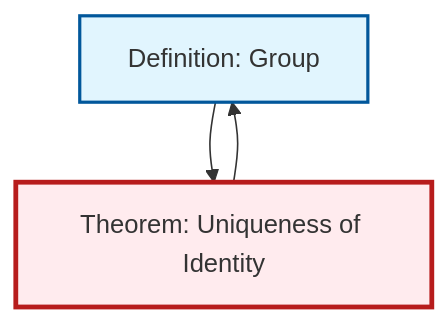
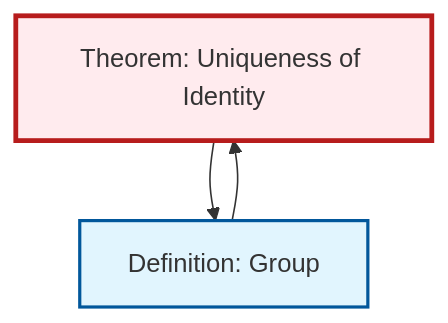
One commit to RK0429/ModernMath changed the diagram in content/en/algebra/thm-unique-identity.qmd. Above: the diagram before and after it, drawn with Mermaid. The commit also changed other lines of this file and 1012 other files, not shown here.

````diff
--- a/content/en/algebra/thm-unique-identity.qmd
+++ b/content/en/algebra/thm-unique-identity.qmd
@@ -54,15 +54,15 @@
 ```{mermaid}
 %%| fig-cap: "Local dependency graph"
 graph TD
     classDef definition fill:#e1f5fe,stroke:#01579b,stroke-width:2px
     classDef theorem fill:#f3e5f5,stroke:#4a148c,stroke-width:2px
     classDef axiom fill:#fff3e0,stroke:#e65100,stroke-width:2px
     classDef example fill:#e8f5e9,stroke:#1b5e20,stroke-width:2px
     classDef current fill:#ffebee,stroke:#b71c1c,stroke-width:3px
+    thm-unique-identity["Theorem: Uniqueness of Identity"]:::theorem
     def-group["Definition: Group"]:::definition
-    thm-unique-identity["Theorem: Uniqueness of Identity"]:::theorem
+    thm-unique-identity --> def-group
     def-group --> thm-unique-identity
-    thm-unique-identity --> def-group
     class thm-unique-identity current
     click def-group "def-group.html" "Go to Group definition"
 ```
````
